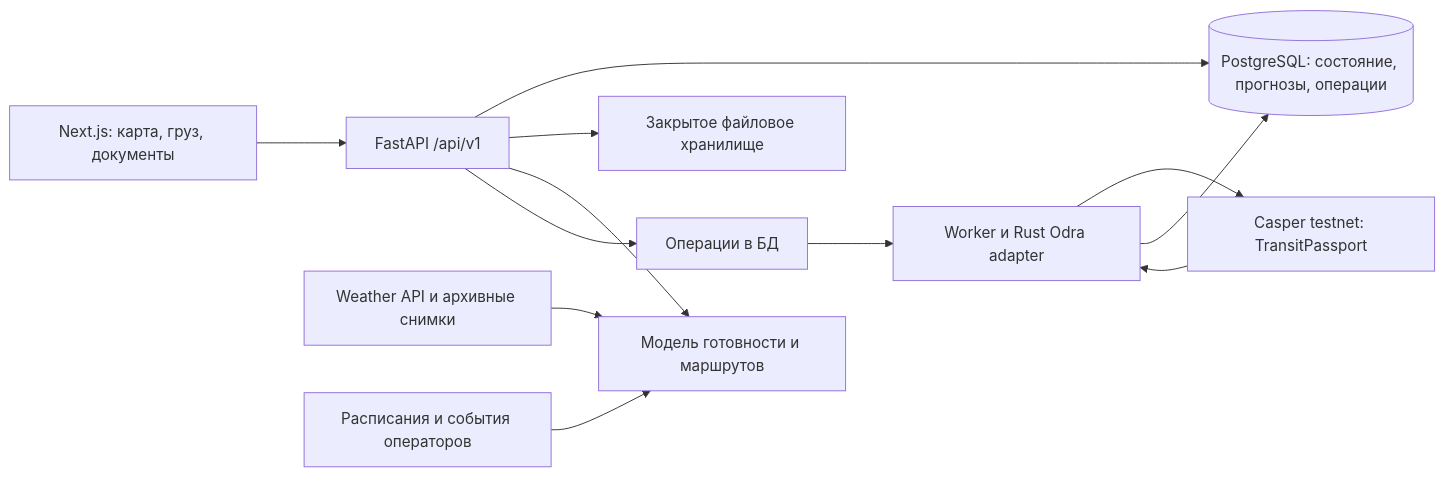
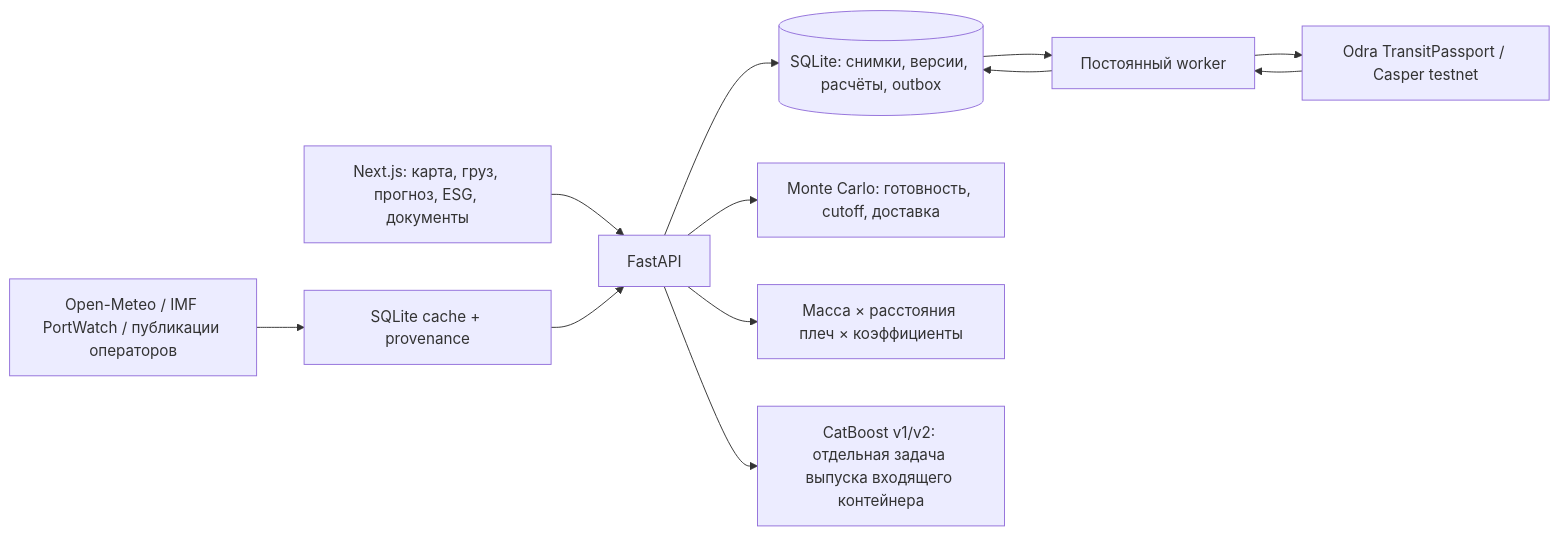
Before and after one commit to 0himera/casp_iv: the diagram in docs/ARCHITECTURE.md, drawn with Mermaid. The commit also changed other lines of this file and 16 other files, not shown here.

````diff
--- a/docs/ARCHITECTURE.md
+++ b/docs/ARCHITECTURE.md
@@ -7,14 +9,14 @@
 ```mermaid
 flowchart LR
-    UI[Next.js: карта, груз, документы] --> API[FastAPI /api/v1]
-    API --> DB[(PostgreSQL: состояние, прогнозы, операции)]
-    API --> FILES[Закрытое файловое хранилище]
-    API --> MODEL[Модель готовности и маршрутов]
-    WEATHER[Weather API и архивные снимки] --> MODEL
-    PORTS[Расписания и события операторов] --> MODEL
-    API --> OUTBOX[Операции в БД]
-    OUTBOX --> WORKER[Worker и Rust Odra adapter]
-    WORKER --> CASPER[Casper testnet: TransitPassport]
-    CASPER --> WORKER
+    UI[Next.js: карта, груз, прогноз, ESG, документы] --> API[FastAPI]
+    API --> DB[(SQLite: снимки, версии, расчёты, outbox)]
+    OPEN[Open-Meteo / IMF PortWatch / публикации операторов] --> CACHE[SQLite cache + provenance]
+    CACHE --> API
+    API --> CALC[Monte Carlo: готовность, cutoff, доставка]
+    API --> ESG[Масса × расстояния плеч × коэффициенты]
+    API --> ML[CatBoost v1/v2: отдельная задача выпуска входящего контейнера]
+    DB --> WORKER[Постоянный worker]
+    WORKER --> CHAIN[Odra TransitPassport / Casper testnet]
+    CHAIN --> WORKER
     WORKER --> DB
 ```
````
